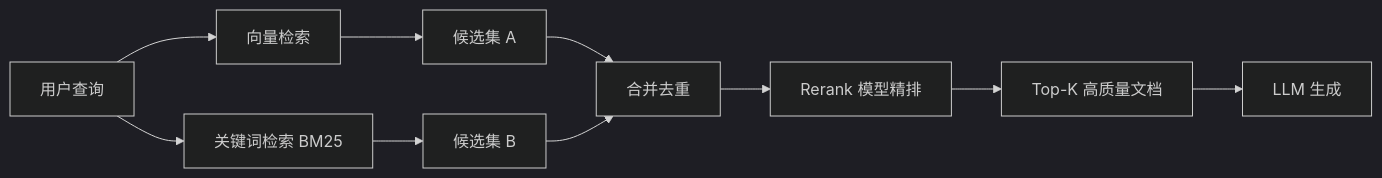
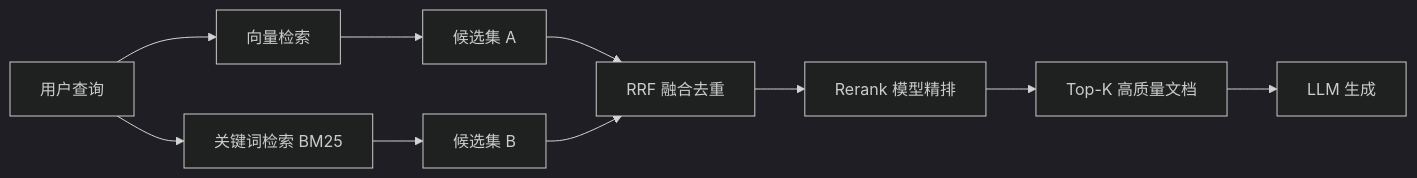
One commit to fortuneyan/Agent-Developing-Bible changed the second of 2 diagrams in 08_Agent开发指南_RAG检索增强生成.md. Above: the diagram before and after it, drawn with Mermaid (dark theme). The commit also changed other lines of this file and 15 other files, not shown here.

````diff
--- a/08_Agent开发指南_RAG检索增强生成.md
+++ b/08_Agent开发指南_RAG检索增强生成.md
@@ -76,15 +191,15 @@
 ```mermaid
 graph LR
     A[用户查询] --> B[向量检索]
     A --> C[关键词检索 BM25]
-    
+
     B --> D[候选集 A]
     C --> E[候选集 B]
-    
-    D --> F[合并去重]
+
+    D --> F[RRF 融合去重]
     E --> F
-    
+
     F --> G[Rerank 模型精排]
     G --> H[Top-K 高质量文档]
     H --> I[LLM 生成]
 ```
````
